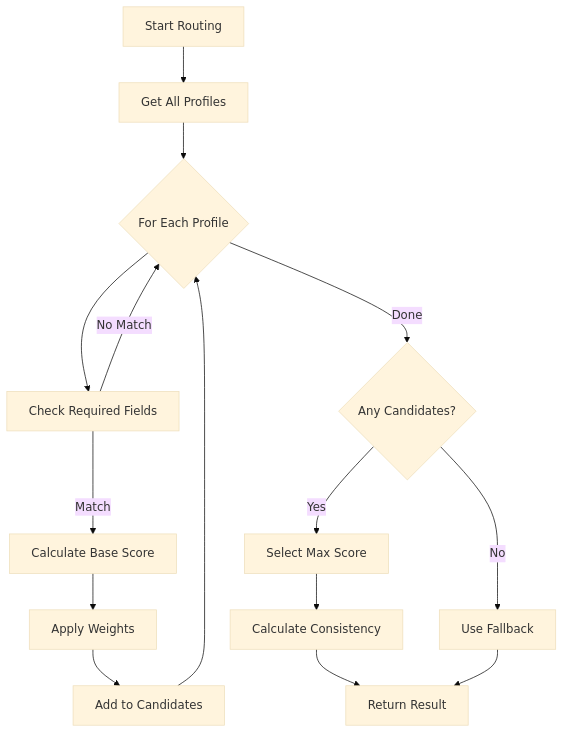
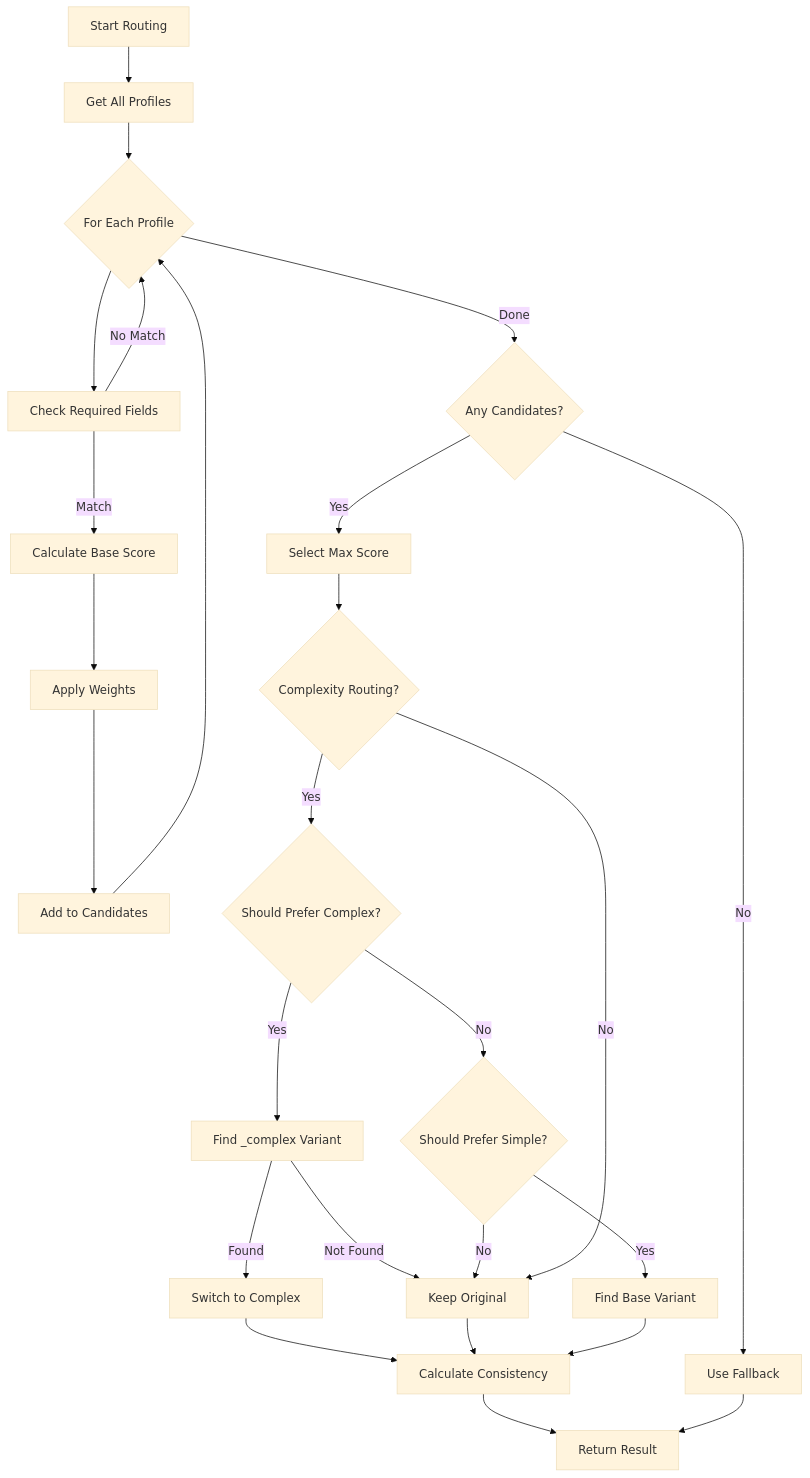
The fifth of 8 diagrams in docs/DEVELOPER_GUIDE.md (michaelprinc/MCP_prompt_broker), drawn with Mermaid (base theme) before and after one commit. The commit also changed other lines of this file and 10 other files, not shown here.

First line of the commit message:
Implement complexity-based profile routing

````diff
--- a/docs/DEVELOPER_GUIDE.md
+++ b/docs/DEVELOPER_GUIDE.md
@@ -230,17 +240,28 @@
 ```mermaid
 flowchart TD
     A[Start Routing] --> B[Get All Profiles]
     B --> C{For Each Profile}
     C --> D[Check Required Fields]
     D -->|Match| E[Calculate Base Score]
     D -->|No Match| C
     E --> F[Apply Weights]
     F --> G[Add to Candidates]
     G --> C
     C -->|Done| H{Any Candidates?}
     H -->|Yes| I[Select Max Score]
     H -->|No| J[Use Fallback]
-    I --> K[Calculate Consistency]
-    K --> L[Return Result]
-    J --> L
+    I --> K{Complexity Routing?}
+    K -->|Yes| L{Should Prefer Complex?}
+    L -->|Yes| M[Find _complex Variant]
+    M -->|Found| N[Switch to Complex]
+    M -->|Not Found| O[Keep Original]
+    L -->|No| P{Should Prefer Simple?}
+    P -->|Yes| Q[Find Base Variant]
+    P -->|No| O
+    K -->|No| O
+    N --> R[Calculate Consistency]
+    O --> R
+    Q --> R
+    R --> S[Return Result]
+    J --> S
 ```
````
